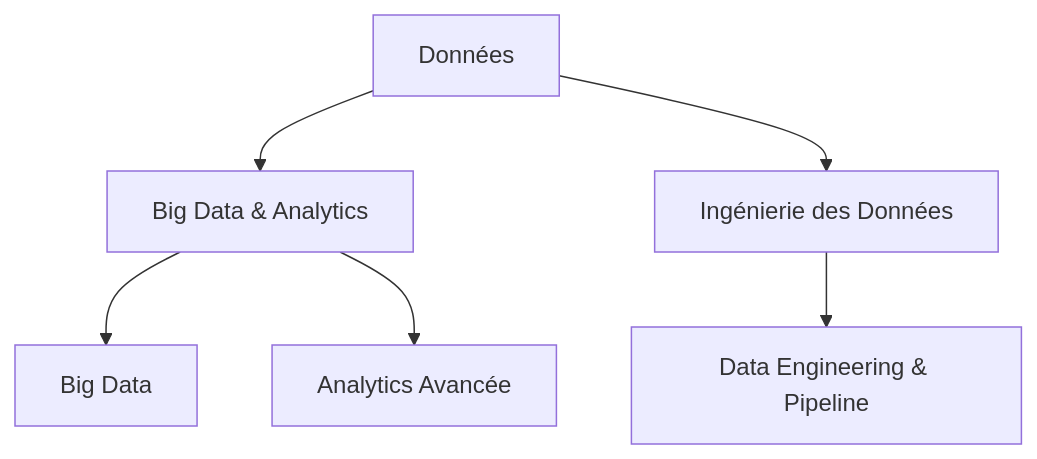
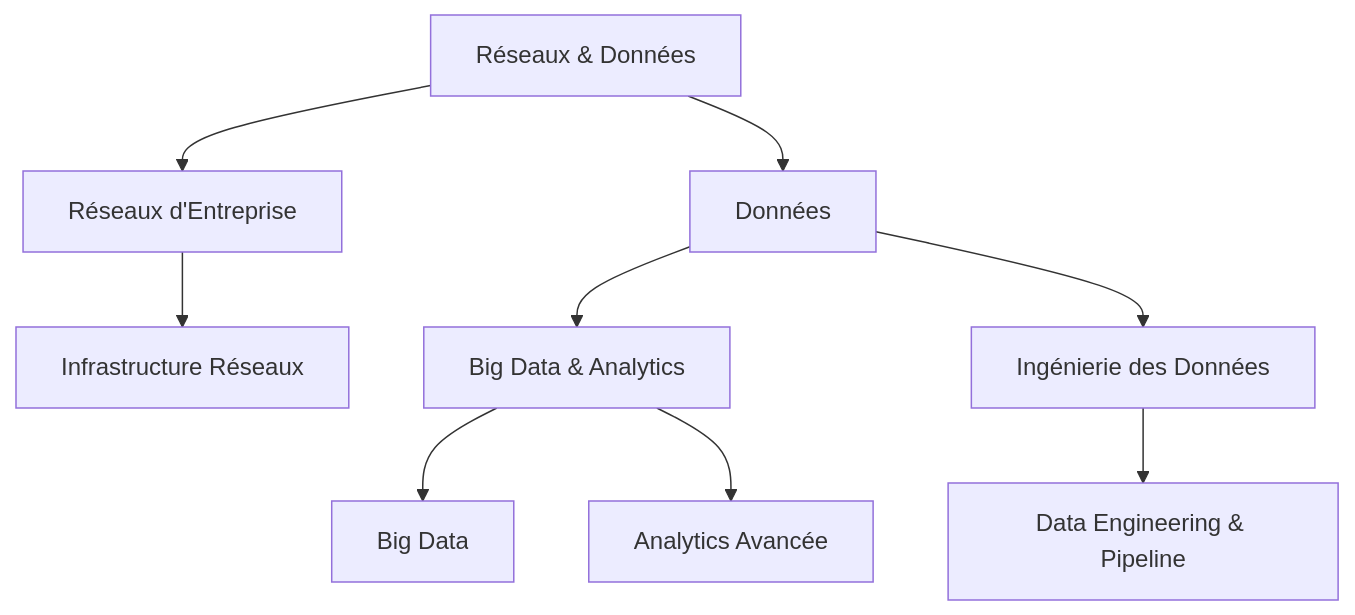
One commit to sanogotech/preparationCertificationCCNA changed the fourth of 6 diagrams in TestSchema.md. Above: the diagram before and after it, drawn with Mermaid. The commit also changed other lines of this file, not shown here.

````diff
--- a/TestSchema.md
+++ b/TestSchema.md
@@ -122,12 +81,19 @@
 ```mermaid
 graph TD
-    F[Données] --> F1[Big Data & Analytics]
+    D[Réseaux & Données] --> D1[Réseaux d'Entreprise]
+    D --> F[Données]
+
+    %% Réseaux d'Entreprise
+    D1 --> D1a[Infrastructure Réseaux]
+
+    %% Données
+    F --> F1[Big Data & Analytics]
     F --> F2[Ingénierie des Données]
 
     %% Big Data & Analytics
     F1 --> F1a[Big Data]
     F1 --> F1b[Analytics Avancée]
 
     %% Ingénierie des Données
     F2 --> F2a[Data Engineering & Pipeline]
 ```
````
